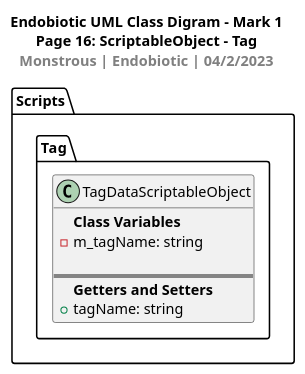
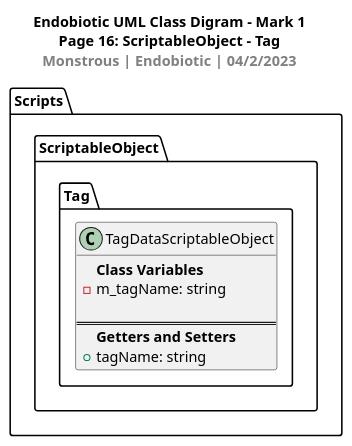
One commit to MonstrousEnt/Endobiotic-Project-1-and-Project-2 changed the diagram in P.H.0.3.N.1.X. - AlphaV1/Assets/ClassDiagrams/ScriptableObject/ClassDiagramMark1Page16.plantuml. Above: the diagram before and after it, drawn with PlantUML. The commit also changed 19 other files, not shown here.

Commit message:
Class Diagram - Page 17

```diff
--- a/P.H.0.3.N.1.X. - AlphaV1/Assets/ClassDiagrams/ScriptableObject/ClassDiagramMark1Page16.plantuml
+++ b/P.H.0.3.N.1.X. - AlphaV1/Assets/ClassDiagrams/ScriptableObject/ClassDiagramMark1Page16.plantuml
@@ -1,20 +1,23 @@
 @startuml Class Diagram Mark 1 - Page 16
 title Endobiotic UML Class Digram - Mark 1\nPage 16: ScriptableObject - Tag\n<color:Gray>Monstrous | Endobiotic | 04/2/2023</color>
 
 package Scripts <<Folder>>
 {
-    package Tag <<Folder>> 
+    package ScriptableObject 
     {
-        class TagDataScriptableObject 
+        package Tag <<Folder>> 
         {
-            <b>Class Variables
-            -m_tagName: string
+            class TagDataScriptableObject 
+            {
+                <b>Class Variables
+                -m_tagName: string
 
-            ===
-            <b>Getters and Setters
-            +tagName: string
+                ===
+                <b>Getters and Setters
+                +tagName: string
+            }
         }
     }
 }
 
 @endum
```
